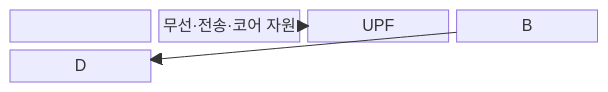
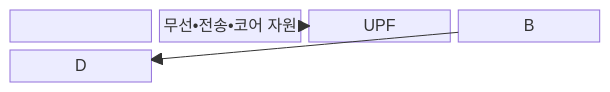
One commit to agnusdei1207/knowledge-base changed the first of 2 diagrams in src/content/docs/notes/04-network/039_5g_network_slicing.md. Above: the diagram before and after it, drawn with Mermaid. The commit also changed other lines of this file and 953 other files, not shown here.

````diff
--- a/src/content/docs/notes/04-network/039_5g_network_slicing.md
+++ b/src/content/docs/notes/04-network/039_5g_network_slicing.md
@@ -67,8 +67,8 @@
 ```mermaid
 block
     columns 4
-    A["서비스·SLA 모델"] --> B["슬라이스 오케스트레이터"] --> C["무선·전송·코어 자원"]
+    A["서비스•SLA 모델"] --> B["슬라이스 오케스트레이터"] --> C["무선•전송•코어 자원"]
     D["NSSF"] --> E["AMF"] --> F["SMF"] --> G["UPF"]
     B --> D
     C --> G
 ```
````
